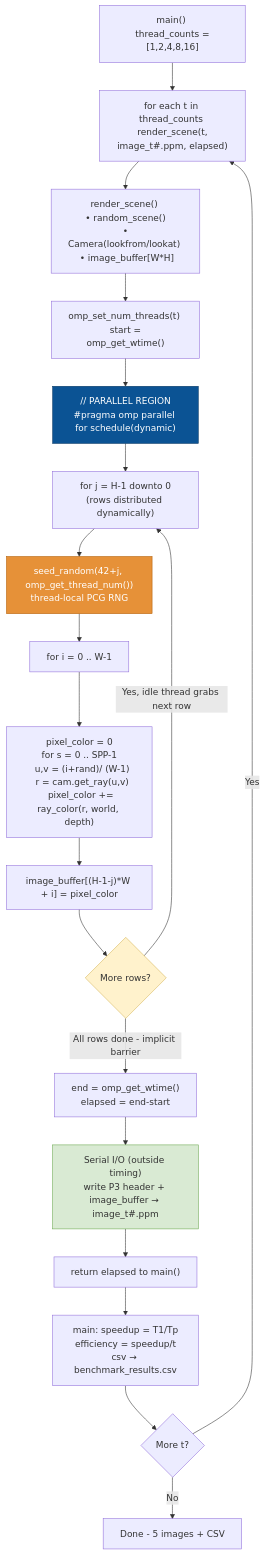
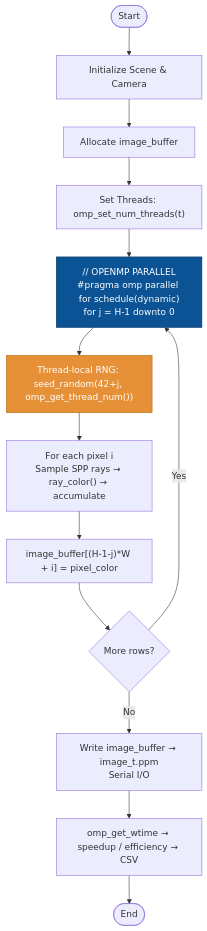
Before and after one commit to Prajwal-k-tech/RayTray: the diagram in images/openmp_flowchart.mmd, drawn with Mermaid. The commit also changed 1 other file, not shown here.

Commit message:
Simplify OpenMP flowchart - clean simple version for assignment

```diff
--- a/images/openmp_flowchart.mmd
+++ b/images/openmp_flowchart.mmd
@@ -1,24 +1,16 @@
 flowchart TD
-    A["main() <br/> thread_counts = [1,2,4,8,16]"] --> B["for each t in thread_counts <br/> render_scene(t, image_t#.ppm, elapsed)"]
-    B --> C["render_scene() <br/> • random_scene() <br/> • Camera(lookfrom/lookat) <br/> • image_buffer[W*H]"]
-    C --> D["omp_set_num_threads(t) <br/> start = omp_get_wtime()"]
-    D --> E["// PARALLEL REGION<br/>#pragma omp parallel for schedule(dynamic)"]
-    E --> F["for j = H-1 downto 0<br/>(rows distributed dynamically)"]
-    F --> G["seed_random(42+j, omp_get_thread_num())<br/>thread-local PCG RNG"]
-    G --> H["for i = 0 .. W-1"]
-    H --> I["pixel_color = 0<br/>for s = 0 .. SPP-1<br/>  u,v = (i+rand)/ (W-1)<br/>  r = cam.get_ray(u,v)<br/>  pixel_color += ray_color(r, world, depth)"]
-    I --> J["image_buffer[(H-1-j)*W + i] = pixel_color"]
-    J --> K{"More rows?"}
-    K -->|Yes, idle thread grabs next row| F
-    K -->|All rows done - implicit barrier| L["end = omp_get_wtime()<br/>elapsed = end-start"]
-    L --> M["Serial I/O (outside timing)<br/>write P3 header + image_buffer → image_t#.ppm"]
-    M --> N["return elapsed to main()"]
-    N --> O["main: speedup = T1/Tp<br/>efficiency = speedup/t<br/>csv → benchmark_results.csv"]
-    O --> P{"More t?"}
-    P -->|Yes| B
-    P -->|No| Q["Done - 5 images + CSV"]
+    A([Start]) --> B[Initialize Scene & Camera]
+    B --> C[Allocate image_buffer]
+    C --> D["Set Threads: omp_set_num_threads(t)"]
+    D --> E["// OPENMP PARALLEL<br/>#pragma omp parallel for schedule(dynamic)<br/>for j = H-1 downto 0"]
+    E --> F["Thread-local RNG: seed_random(42+j, omp_get_thread_num())"]
+    F --> G["For each pixel i<br/>Sample SPP rays → ray_color() → accumulate"]
+    G --> H["image_buffer[(H-1-j)*W + i] = pixel_color"]
+    H --> I{More rows?}
+    I -->|Yes| E
+    I -->|No| J[Write image_buffer → image_t.ppm<br/>Serial I/O]
+    J --> K[omp_get_wtime → speedup / efficiency → CSV]
+    K --> L([End])
 
     style E fill:#0b5394,stroke:#073763,color:#fff
-    style G fill:#e69138,stroke:#b45f06,color:#fff
-    style K fill:#fff2cc,stroke:#d6b656
-    style M fill:#d9ead3,stroke:#6aa84f
+    style F fill:#e69138,stroke:#b45f06,color:#fff
```
